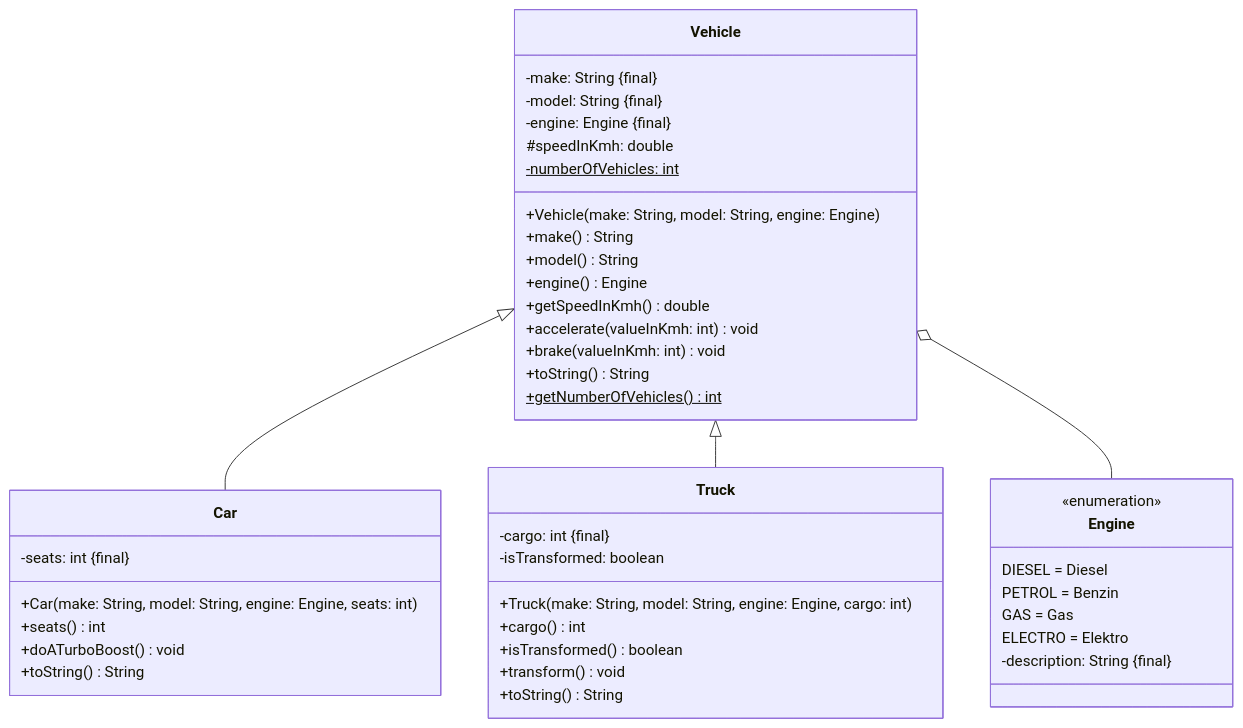
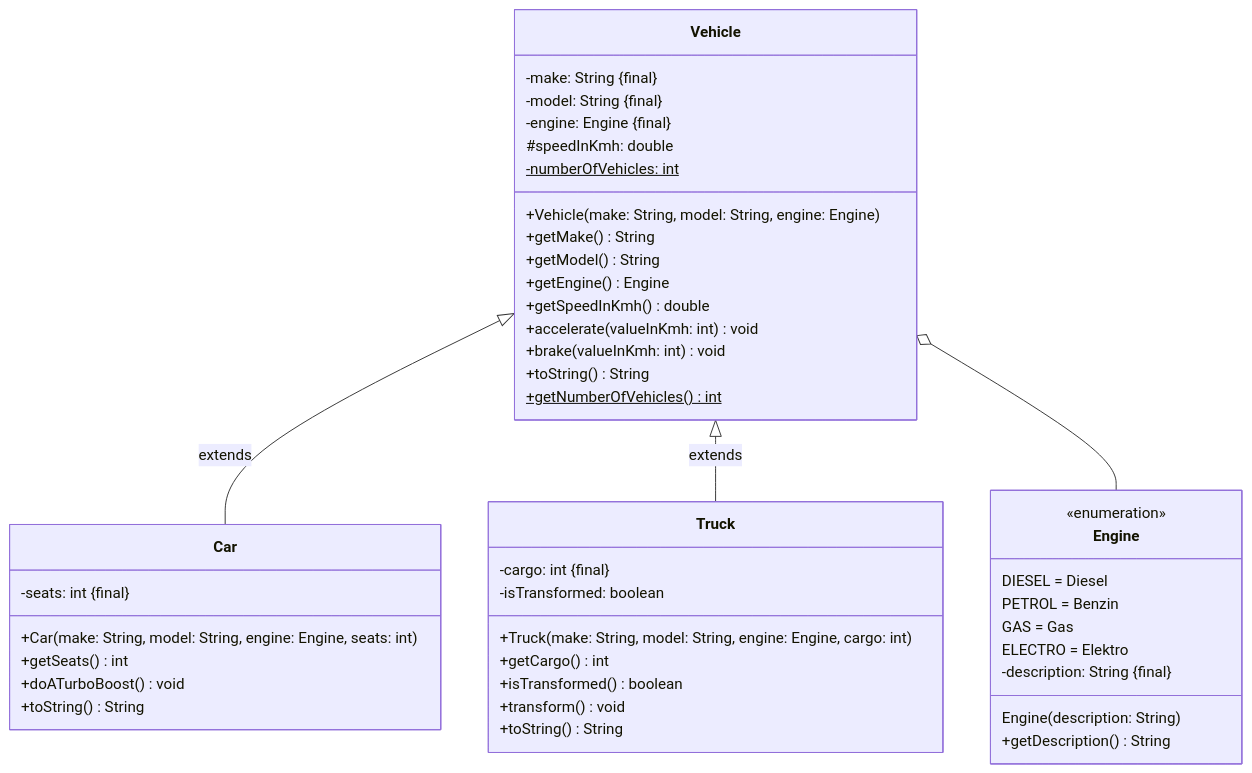
One commit to jappuccini/java-docs changed the diagram in docs/exercises/polymorphy/polymorphy01.mdx. Above: the diagram before and after it, drawn with Mermaid. The commit also changed other lines of this file and 2 other files, not shown here.

Commit message:
fix exercises

````diff
--- a/docs/exercises/polymorphy/polymorphy01.mdx
+++ b/docs/exercises/polymorphy/polymorphy01.mdx
@@ -17,50 +17,52 @@
 ```mermaid
 classDiagram
-    Vehicle <|-- Car
-    Vehicle <|-- Truck
+    Vehicle <|-- Car : extends
+    Vehicle <|-- Truck : extends
     Vehicle o-- Engine
 
     class Vehicle {
         -make: String &#123final&#125
         -model: String &#123final&#125
         -engine: Engine &#123final&#125
         #speedInKmh: double
         -numberOfVehicles: int$
         +Vehicle(make: String, model: String, engine: Engine)
-        +make() String
-        +model() String
-        +engine() Engine
+        +getMake() String
+        +getModel() String
+        +getEngine() Engine
         +getSpeedInKmh() double
         +accelerate(valueInKmh: int) void
         +brake(valueInKmh: int) void
         +toString() String
         +getNumberOfVehicles()$ int
     }
 
     class Engine {
         <<enumeration>>
         DIESEL = Diesel
         PETROL = Benzin
         GAS = Gas
         ELECTRO = Elektro
         -description: String &#123final&#125
+        Engine(description: String)
+        +getDescription() String
     }
 
     class Car {
         -seats: int &#123final&#125
         +Car(make: String, model: String, engine: Engine, seats: int)
-        +seats() int
+        +getSeats() int
         +doATurboBoost() void
         +toString() String
     }
 
     class Truck {
         -cargo: int &#123final&#125
         -isTransformed: boolean
         +Truck(make: String, model: String, engine: Engine, cargo: int)
-        +cargo() int
+        +getCargo() int
         +isTransformed() boolean
         +transform() void
         +toString() String
     }
 ```
````
